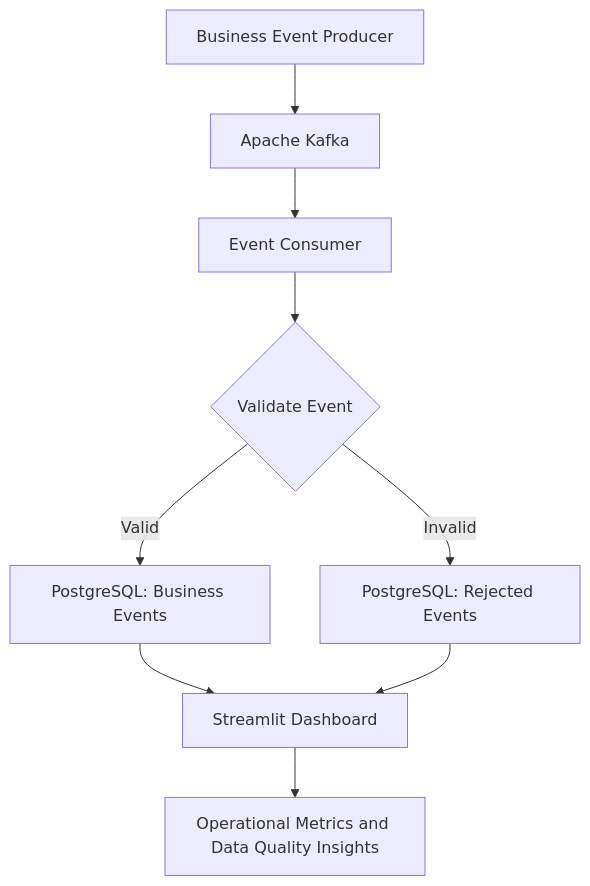
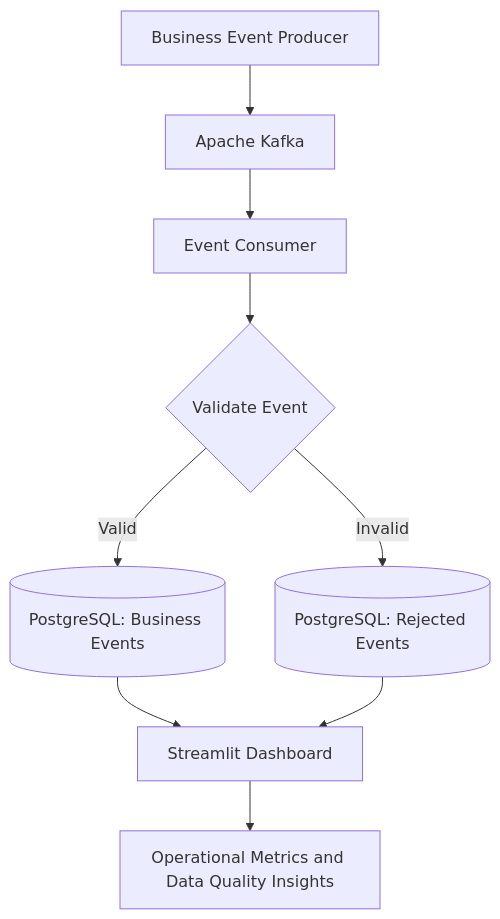
Before and after one commit to AaradhyaMittal03/ai-decision-intelligence: the diagram in README.md, drawn with Mermaid. The commit also changed other lines of this file, not shown here.

````diff
--- a/README.md
+++ b/README.md
@@ -150,11 +128,11 @@
 ```mermaid
 flowchart TD
     A[Business Event Producer] --> B[Apache Kafka]
     B --> C[Event Consumer]
     C --> D{Validate Event}
-    D -->|Valid| E[PostgreSQL: Business Events]
-    D -->|Invalid| F[PostgreSQL: Rejected Events]
+    D -->|Valid| E[(PostgreSQL: Business Events)]
+    D -->|Invalid| F[(PostgreSQL: Rejected Events)]
     E --> G[Streamlit Dashboard]
     F --> G
     G --> H[Operational Metrics and Data Quality Insights]
 ```
````
